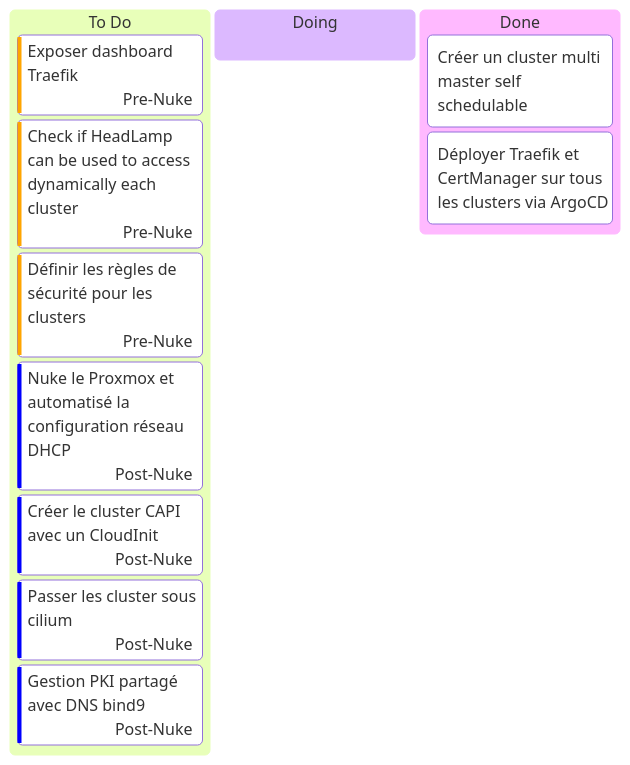
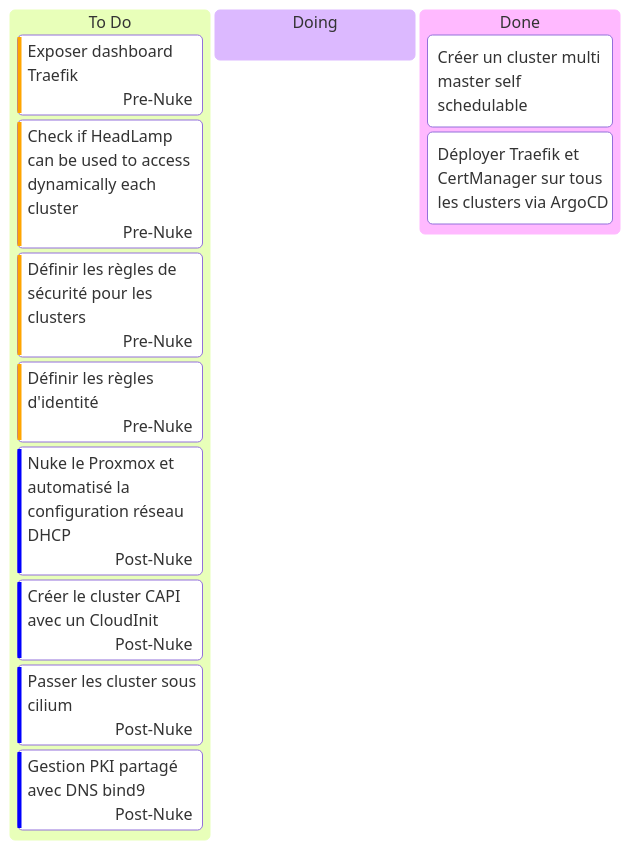
The diagram in docs/0.introduction/kanban.md (batleforc/weebo-si), drawn with Mermaid before and after one commit. The commit also changed other lines of this file and 2 other files, not shown here.

````diff
--- a/docs/0.introduction/kanban.md
+++ b/docs/0.introduction/kanban.md
@@ -3,21 +3,22 @@
 ```mermaid
 ---
 config:
   kanban:
     ticketBaseUrl: 'https://github.com/batleforc/weebo-si/issue/#TICKET#'
 ---
 
 kanban
   todo[To Do]
     us7[Exposer dashboard Traefik]@{ assigned: Pre-Nuke, priority: 'High'}
     use8[Check if HeadLamp can be used to access dynamically each cluster]@{ assigned: Pre-Nuke, priority: 'High'}
     us3[Définir les règles de sécurité pour les clusters]@{ assigned: Pre-Nuke, priority: 'High'}
+    us8[Définir les règles d'identité]@{ assigned: Pre-Nuke, priority: 'High'}
     us4[Nuke le Proxmox et automatisé la configuration réseau DHCP]@{ assigned: Post-Nuke, priority: 'Low'}
     us5[Créer le cluster CAPI avec un CloudInit]@{ assigned: Post-Nuke, priority: 'Low'}
     us6[Passer les cluster sous cilium]@{ assigned: Post-Nuke, priority: 'Low'}
     us7[Gestion PKI partagé avec DNS bind9]@{ assigned: Post-Nuke, priority: 'Low'}
   doing[Doing]
   done[Done]
     us1[Créer un cluster multi master self schedulable]
     us2[Déployer Traefik et CertManager sur tous les clusters via ArgoCD]
 ```
````
